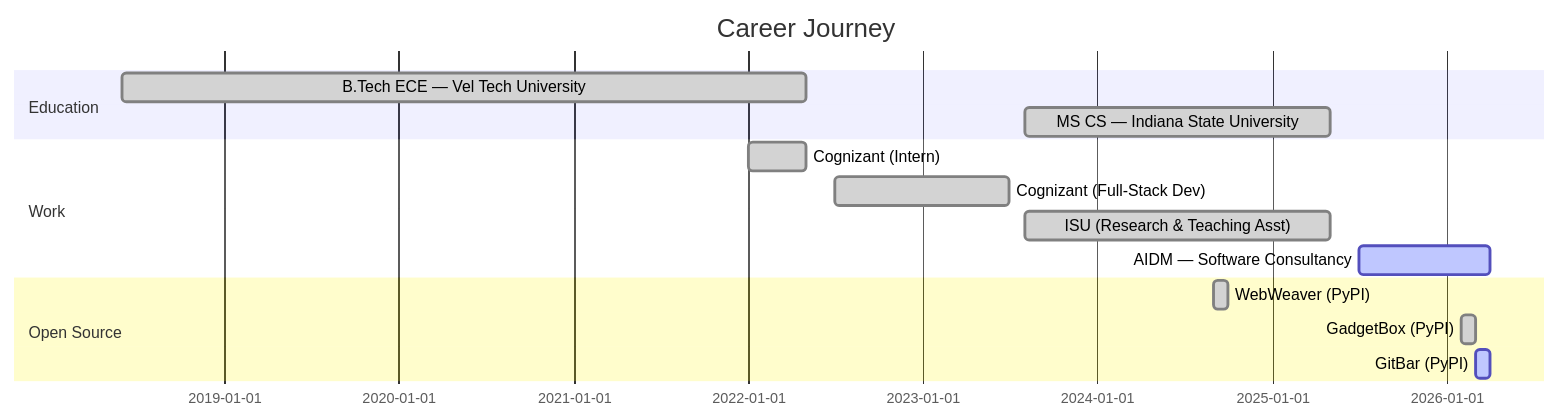
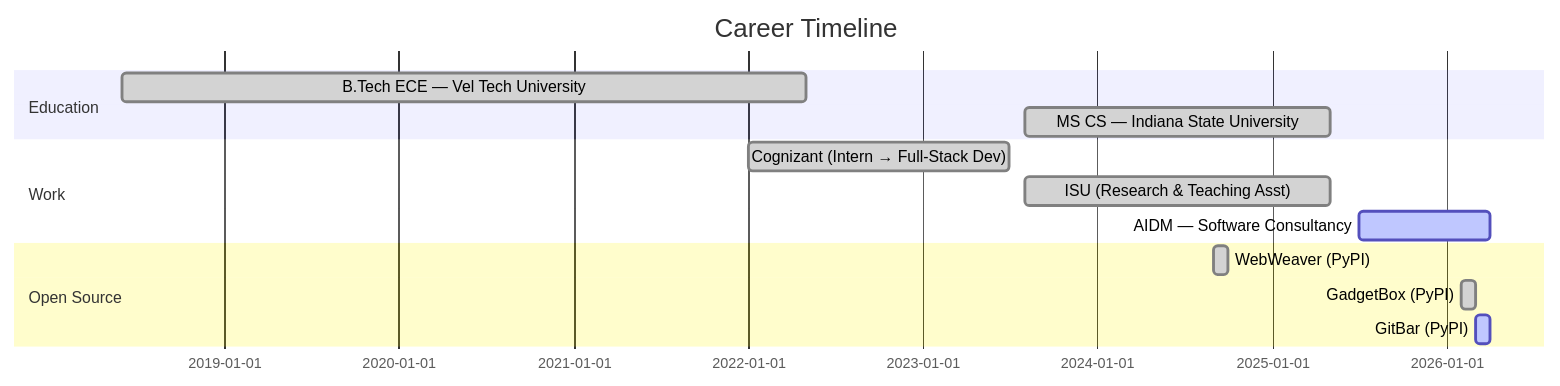
Before and after one commit to vamsi876/vamsi876: the diagram in README.md, drawn with Mermaid. The commit also changed other lines of this file, not shown here.

````diff
--- a/README.md
+++ b/README.md
@@ -262,20 +252,19 @@
 ```mermaid
 gantt
     dateFormat  YYYY-MM
-    title Career Journey
+    title Career Timeline
 
     section Education
     B.Tech ECE — Vel Tech University          :done, 2018-06, 2022-05
     MS CS — Indiana State University           :done, 2023-08, 2025-05
 
     section Work
-    Cognizant (Intern)                         :done, 2022-01, 2022-05
-    Cognizant (Full-Stack Dev)                 :done, 2022-07, 2023-07
+    Cognizant (Intern → Full-Stack Dev)        :done, 2022-01, 2023-07
     ISU (Research & Teaching Asst)             :done, 2023-08, 2025-05
     AIDM — Software Consultancy               :active, 2025-07, 2026-04
 
     section Open Source
     WebWeaver (PyPI)                           :done, 2024-09, 2024-10
     GadgetBox (PyPI)                           :done, 2026-02, 2026-03
     GitBar (PyPI)                              :active, 2026-03, 2026-04
 ```
````
